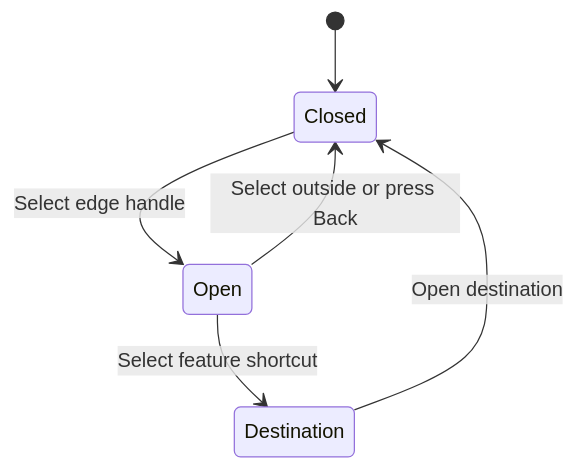
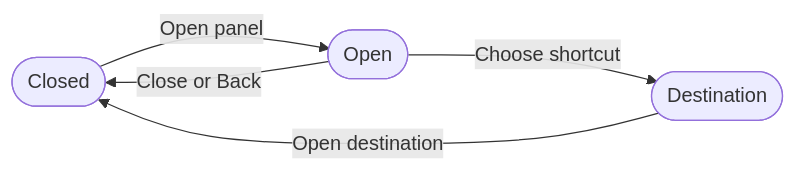
One commit to FancyCorey/komikku-KMK changed the fourth of 4 diagrams in docs/kmk/feature-guides/configuring-personalized-recommendations.md. Above: the diagram before and after it, drawn with Mermaid. The commit also changed other lines of this file and 9 other files, not shown here.

Commit message:
Improve Mermaid diagram readability

````diff
--- a/docs/kmk/feature-guides/configuring-personalized-recommendations.md
+++ b/docs/kmk/feature-guides/configuring-personalized-recommendations.md
@@ -78,8 +78,7 @@
 ```mermaid
-stateDiagram-v2
-    [*] --> Closed
-    Closed --> Open: Select edge handle
-    Open --> Destination: Select feature shortcut
-    Destination --> Closed: Open destination
-    Open --> Closed: Select outside or press Back
+flowchart LR
+    Closed([Closed]) -->|Open panel| Open([Open])
+    Open -->|Choose shortcut| Destination([Destination])
+    Destination -->|Open destination| Closed
+    Open -->|Close or Back| Closed
 ```
````
